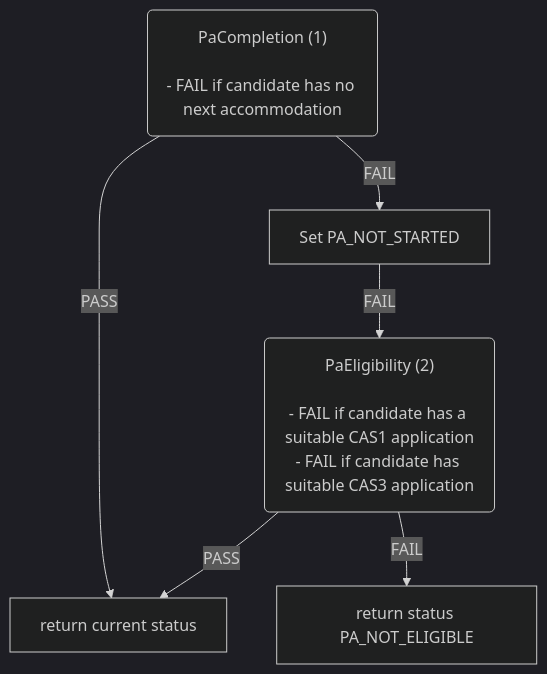
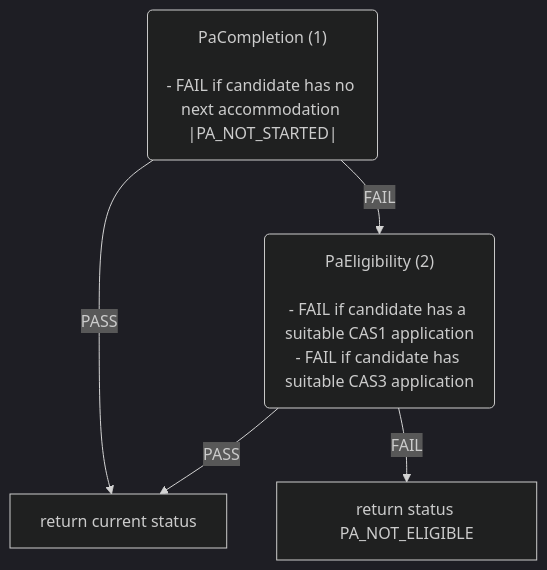
The sixth of 6 diagrams in docs/eligibility-rules-graph.md (ministryofjustice/hmpps-single-accommodation-service-api), drawn with Mermaid (dark theme) before and after one commit. The commit also changed other lines of this file and 12 other files, not shown here.

````diff
--- a/docs/eligibility-rules-graph.md
+++ b/docs/eligibility-rules-graph.md
@@ -473,18 +417,16 @@
 ```mermaid
 flowchart TD
   PaCompletion("PaCompletion (1)
 
-- FAIL if candidate has no next accommodation")
+- FAIL if candidate has no next accommodation |PA_NOT_STARTED|")
   return_current_status["return current status"]
-  Set_PA_NOT_STARTED["Set PA_NOT_STARTED"]
   PaEligibility("PaEligibility (2)
 
 - FAIL if candidate has a suitable CAS1 application
 - FAIL if candidate has suitable CAS3 application")
   return_status_PA_NOT_ELIGIBLE["return status PA_NOT_ELIGIBLE"]
   PaCompletion -->|PASS| return_current_status
-  PaCompletion -->|FAIL| Set_PA_NOT_STARTED
   PaEligibility -->|PASS| return_current_status
   PaEligibility -->|FAIL| return_status_PA_NOT_ELIGIBLE
-  Set_PA_NOT_STARTED -->|FAIL| PaEligibility
+  PaCompletion -->|FAIL| PaEligibility
 ```
````
